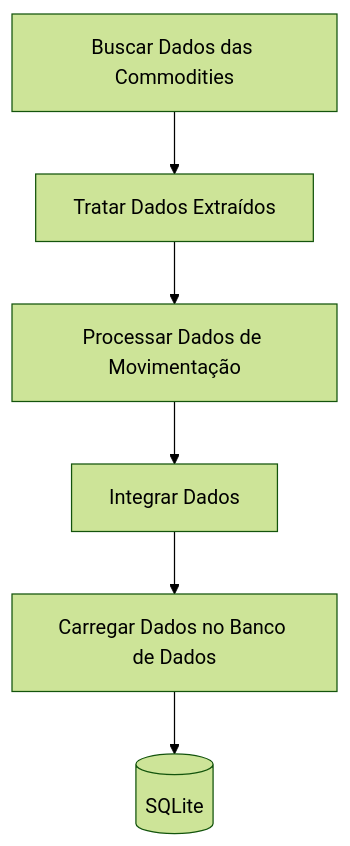
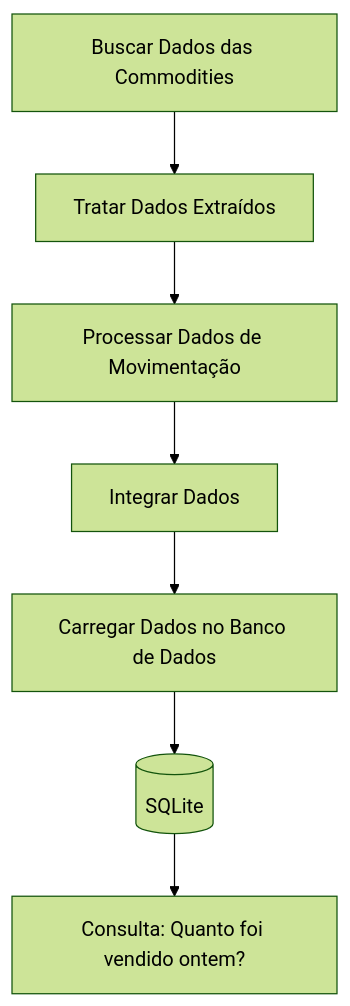
Before and after one commit to lvgalvao/datahackers-aovivo: the diagram in README.md, drawn with Mermaid (forest theme). The commit also changed other lines of this file, not shown here.

````diff
--- a/README.md
+++ b/README.md
@@ -84,8 +84,9 @@
 ```mermaid
 graph TD
     A[Buscar Dados das Commodities] --> B[Tratar Dados Extraídos]
     B --> C[Processar Dados de Movimentação]
     C --> D[Integrar Dados]
     D --> E[Carregar Dados no Banco de Dados]
     E --> F[(SQLite)]
+    F --> G[Consulta: Quanto foi vendido ontem?]
 ```
````
